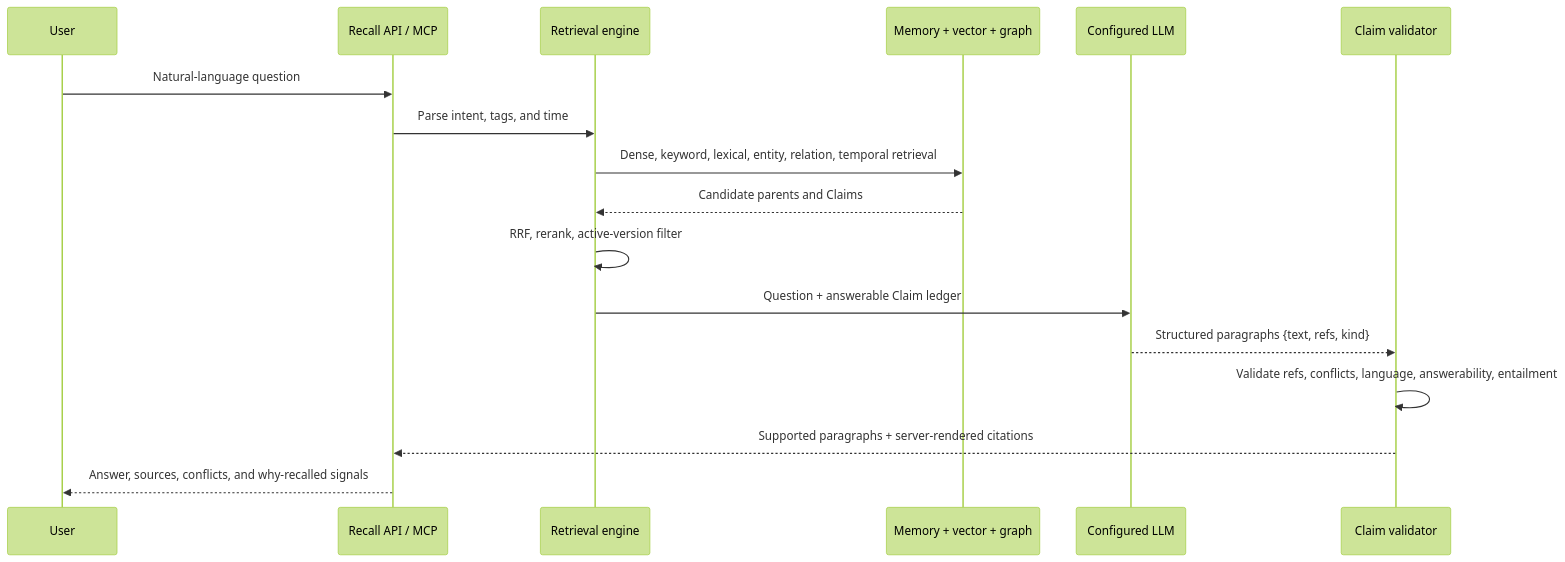
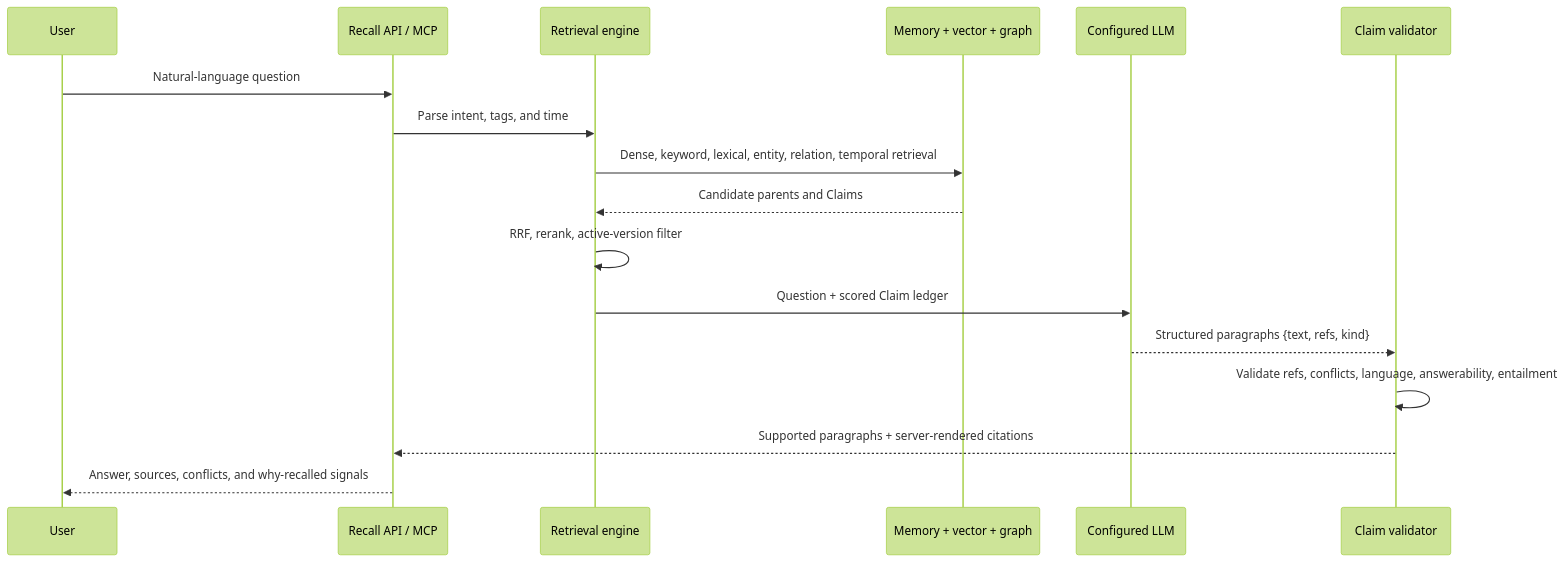
One commit to cloudmantou/Singularity changed the second of 2 diagrams in docs/ARCHITECTURE.md. Above: the diagram before and after it, drawn with Mermaid (forest theme). The commit also changed other lines of this file and 6 other files, not shown here.

````diff
--- a/docs/ARCHITECTURE.md
+++ b/docs/ARCHITECTURE.md
@@ -83,20 +83,20 @@
 ```mermaid
 sequenceDiagram
     participant U as User
     participant API as Recall API / MCP
     participant R as Retrieval engine
     participant DB as Memory + vector + graph
     participant L as Configured LLM
     participant V as Claim validator
 
     U->>API: Natural-language question
     API->>R: Parse intent, tags, and time
     R->>DB: Dense, keyword, lexical, entity, relation, temporal retrieval
     DB-->>R: Candidate parents and Claims
     R->>R: RRF, rerank, active-version filter
-    R->>L: Question + answerable Claim ledger
+    R->>L: Question + scored Claim ledger
     L-->>V: Structured paragraphs {text, refs, kind}
     V->>V: Validate refs, conflicts, language, answerability, entailment
     V-->>API: Supported paragraphs + server-rendered citations
     API-->>U: Answer, sources, conflicts, and why-recalled signals
 ```
````
